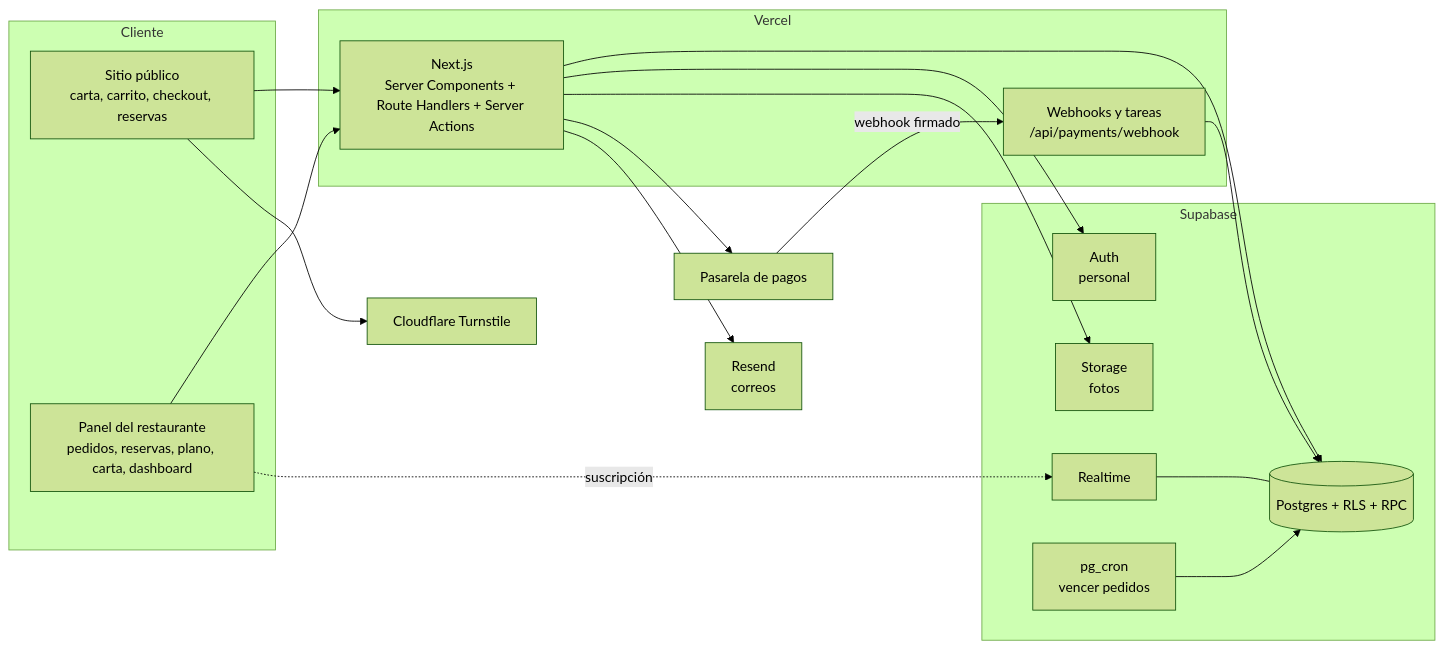
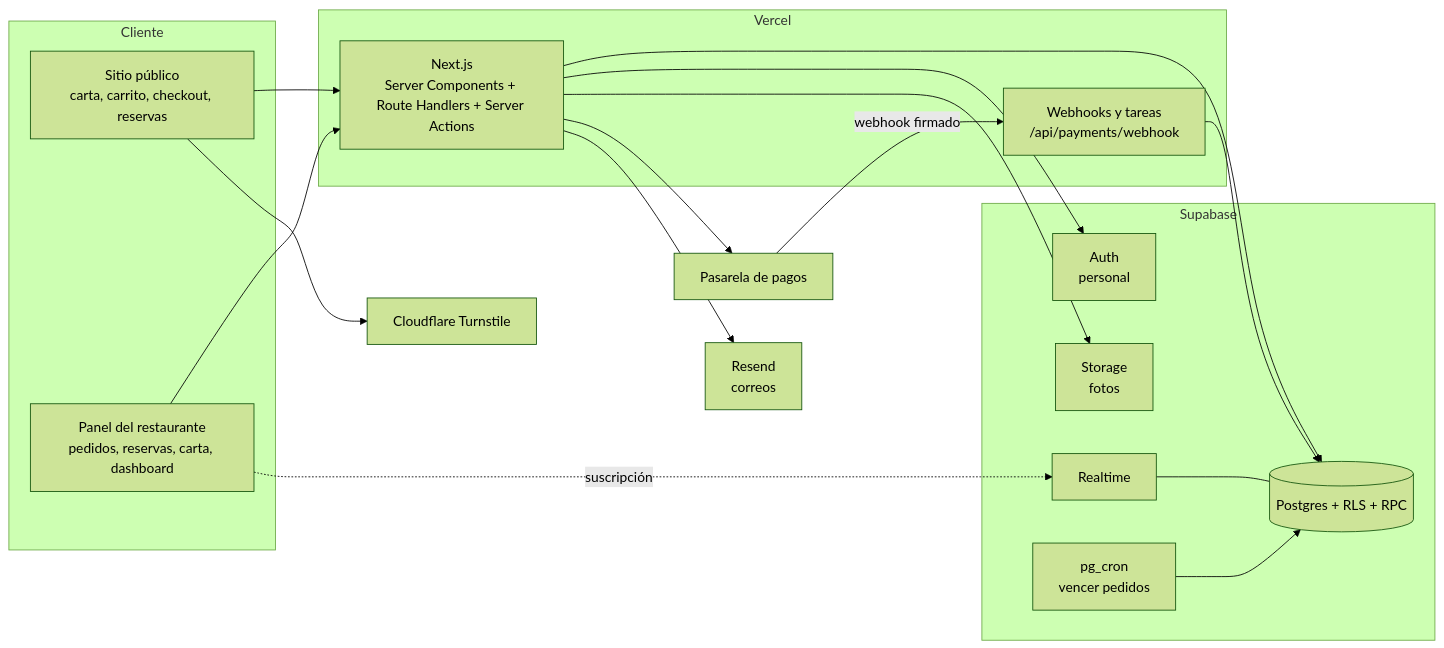
The diagram in docs/plan/01-arquitectura.md (airzraimbow6799-oss/berypez-Project), drawn with Mermaid (forest theme) before and after one commit. The commit also changed other lines of this file and 6 other files, not shown here.

First line of the commit message:
docs(plan): reservas centralizadas sin plano de mesas y cuenta de cliente opcional

````diff
--- a/docs/plan/01-arquitectura.md
+++ b/docs/plan/01-arquitectura.md
@@ -11,35 +11,35 @@
 ```mermaid
 flowchart LR
   subgraph Cliente
     W[Sitio público\ncarta, carrito, checkout, reservas]
-    P[Panel del restaurante\npedidos, reservas, plano, carta, dashboard]
+    P[Panel del restaurante\npedidos, reservas, carta, dashboard]
   end
   subgraph Vercel
     N[Next.js\nServer Components + Route Handlers + Server Actions]
     C[Webhooks y tareas\n/api/payments/webhook]
   end
   subgraph Supabase
     A[Auth\npersonal]
     D[(Postgres + RLS + RPC)]
     R[Realtime]
     S[Storage\nfotos]
     J[pg_cron\nvencer pedidos]
   end
   PG[Pasarela de pagos]
   E[Resend\ncorreos]
   T[Cloudflare Turnstile]
 
   W --> N
   P --> N
   N --> D
   N --> A
   N --> S
   P -. suscripción .-> R
   R --- D
   J --> D
   N --> PG
   PG -- webhook firmado --> C
   C --> D
   N --> E
   W --> T
 ```
````
